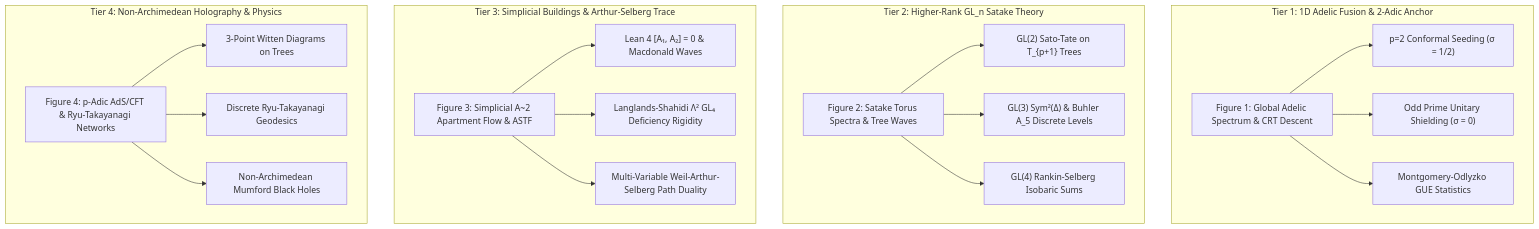
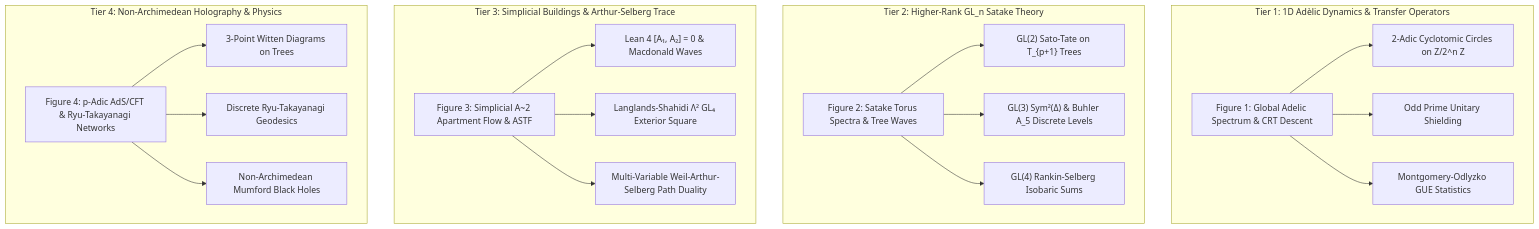
One commit to sneed-and-feed/adelic-spectral-zeta changed the diagram in docs/unified_monograph.md. Above: the diagram before and after it, drawn with Mermaid. The commit also changed other lines of this file and 20 other files, not shown here.

````diff
--- a/docs/unified_monograph.md
+++ b/docs/unified_monograph.md
@@ -37,30 +37,30 @@
 ```mermaid
 graph TD
-    subgraph Tier_1_1D_Adelic_Fusion_2_Adic_Anchor ["Tier 1: 1D Adelic Fusion & 2-Adic Anchor"]
+    subgraph Tier_1_1D_Adelic_Dynamics ["Tier 1: 1D Adèlic Dynamics & Transfer Operators"]
         Fig1["Figure 1: Global Adelic Spectrum & CRT Descent"]
-        Fig1 --> P2Anchor["p=2 Conformal Seeding (σ = 1/2)"]
-        Fig1 --> OddShield["Odd Prime Unitary Shielding (σ = 0)"]
+        Fig1 --> P2Circle["2-Adic Cyclotomic Circles on Z/2^n Z"]
+        Fig1 --> OddShield["Odd Prime Unitary Shielding"]
         Fig1 --> GUEStats["Montgomery-Odlyzko GUE Statistics"]
     end
 
     subgraph Tier_2_Higher_Rank_GL_n_Satake_Theory ["Tier 2: Higher-Rank GL_n Satake Theory"]
         Fig2["Figure 2: Satake Torus Spectra & Tree Waves"]
         Fig2 --> GL2Tree["GL(2) Sato-Tate on T_{p+1} Trees"]
         Fig2 --> GL3Sym2["GL(3) Sym²(Δ) & Buhler A_5 Discrete Levels"]
         Fig2 --> GL4Iso["GL(4) Rankin-Selberg Isobaric Sums"]
     end
 
     subgraph Tier_3_Simplicial_A2_Flow_Arthur_Selberg_Trace ["Tier 3: Simplicial Buildings & Arthur-Selberg Trace"]
         Fig3["Figure 3: Simplicial A~2 Apartment Flow & ASTF"]
         Fig3 --> LeanA2["Lean 4 [A₁, A₂] = 0 & Macdonald Waves"]
-        Fig3 --> ShahidiRig["Langlands-Shahidi Λ² GL₄ Deficiency Rigidity"]
+        Fig3 --> ShahidiRig["Langlands-Shahidi Λ² GL₄ Exterior Square"]
         Fig3 --> ASTFTrace["Multi-Variable Weil-Arthur-Selberg Path Duality"]
     end
 
     subgraph Tier_4_Non_Archimedean_Holography_Physics ["Tier 4: Non-Archimedean Holography & Physics"]
         Fig4["Figure 4: p-Adic AdS/CFT & Ryu-Takayanagi Networks"]
         Fig4 --> TreeCFT["3-Point Witten Diagrams on Trees"]
         Fig4 --> MinCutRT["Discrete Ryu-Takayanagi Geodesics"]
         Fig4 --> MumfordBH["Non-Archimedean Mumford Black Holes"]
     end
 ```
````
